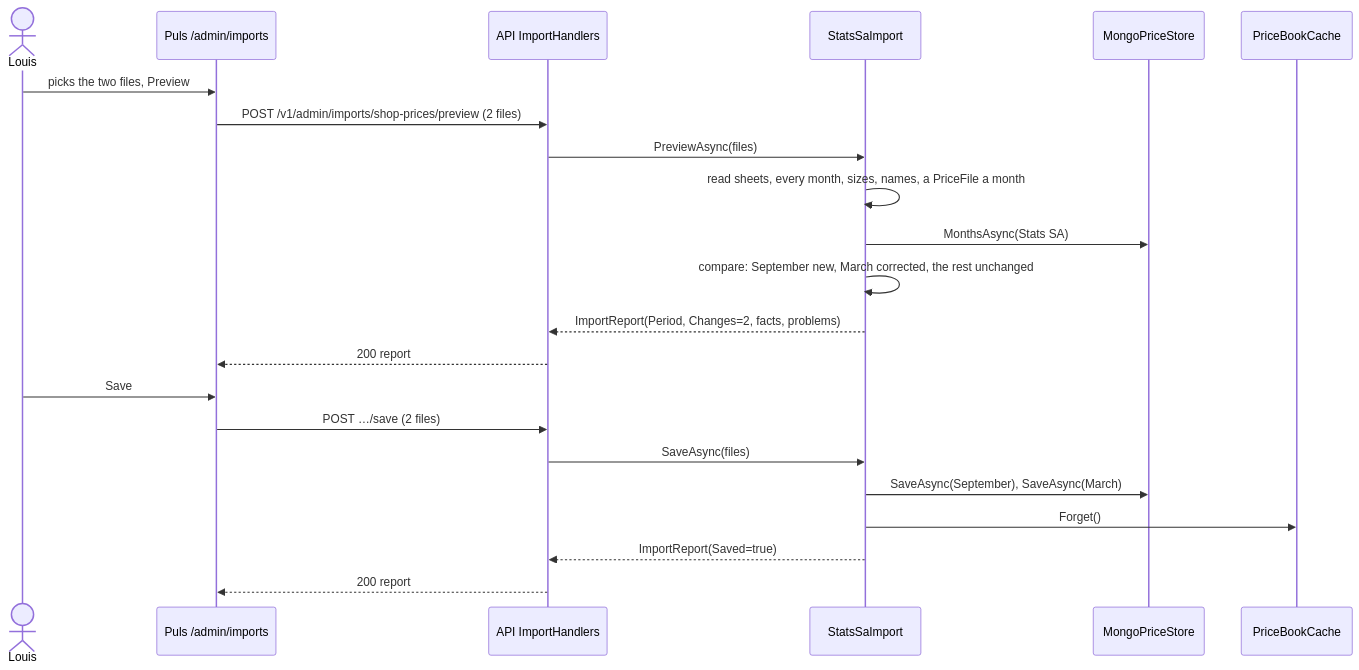
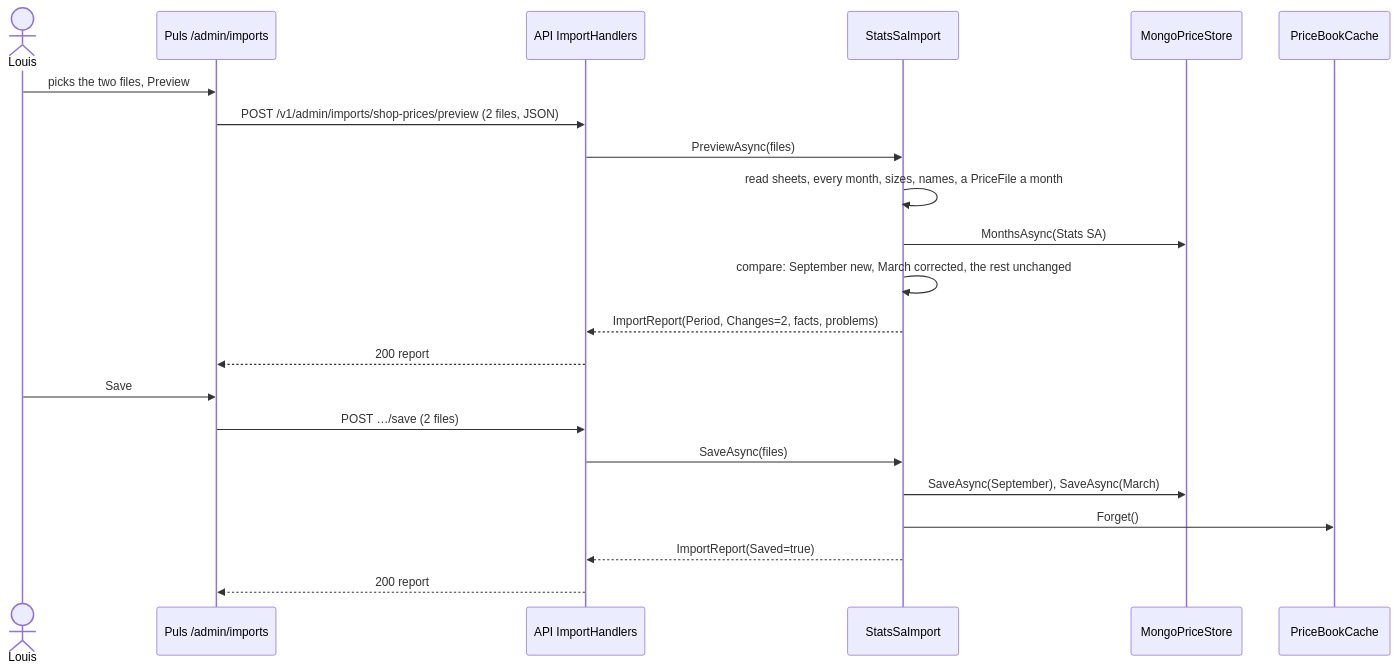
The third of 4 diagrams in docs/plans/F55-stats-sa-price-upload.md (bosbevk/louis-agent), drawn with Mermaid before and after one commit. The commit also changed other lines of this file and 8 other files, not shown here.

First line of the commit message:
feat(f55): step 7 - the uploads' routes in the admin API

````diff
--- a/docs/plans/F55-stats-sa-price-upload.md
+++ b/docs/plans/F55-stats-sa-price-upload.md
@@ -152,24 +153,24 @@
 ```mermaid
 sequenceDiagram
     actor Louis
     participant Page as Puls /admin/imports
     participant Api as API ImportHandlers
     participant Imp as StatsSaImport
     participant Store as MongoPriceStore
     participant Cache as PriceBookCache
     Louis->>Page: picks the two files, Preview
-    Page->>Api: POST /v1/admin/imports/shop-prices/preview (2 files)
+    Page->>Api: POST /v1/admin/imports/shop-prices/preview (2 files, JSON)
     Api->>Imp: PreviewAsync(files)
     Imp->>Imp: read sheets, every month, sizes, names, a PriceFile a month
     Imp->>Store: MonthsAsync(Stats SA)
     Imp->>Imp: compare: September new, March corrected, the rest unchanged
     Imp-->>Api: ImportReport(Period, Changes=2, facts, problems)
     Api-->>Page: 200 report
     Louis->>Page: Save
     Page->>Api: POST …/save (2 files)
     Api->>Imp: SaveAsync(files)
     Imp->>Store: SaveAsync(September), SaveAsync(March)
     Imp->>Cache: Forget()
     Imp-->>Api: ImportReport(Saved=true)
     Api-->>Page: 200 report
 ```
````
